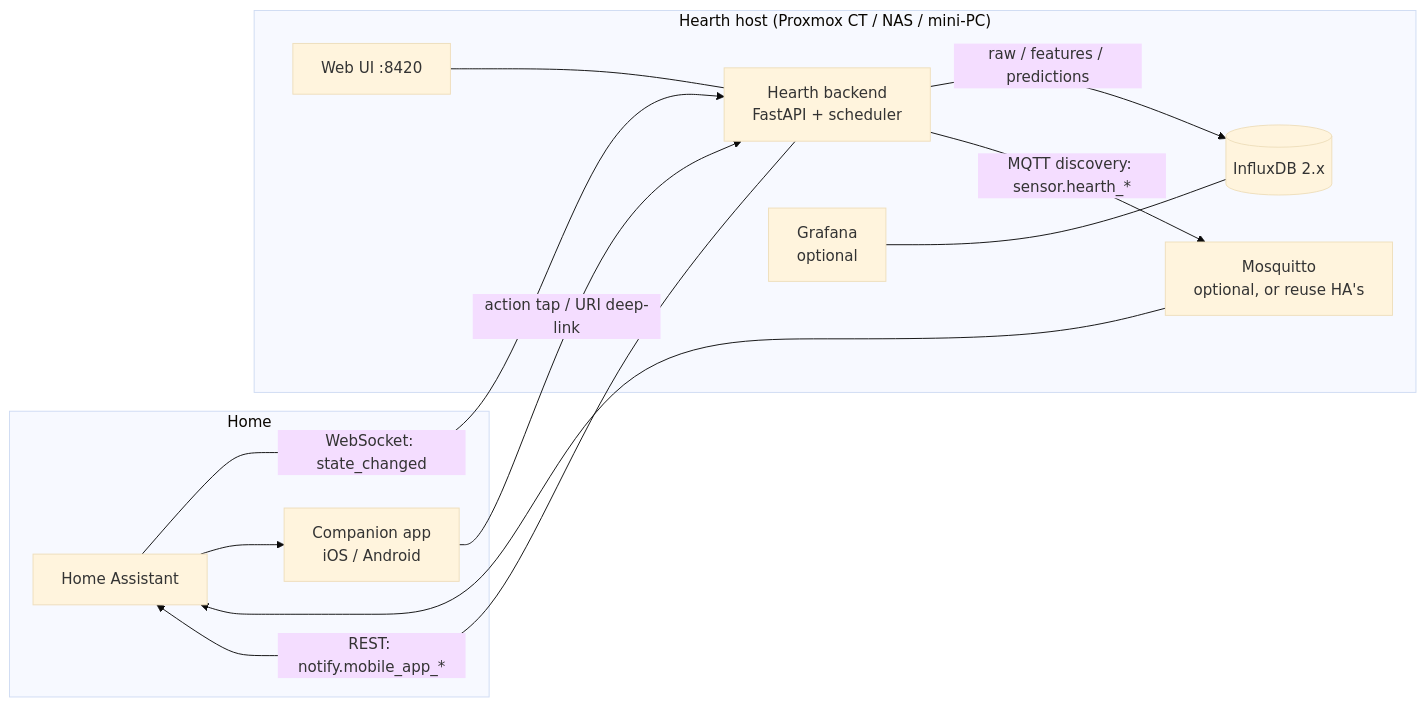
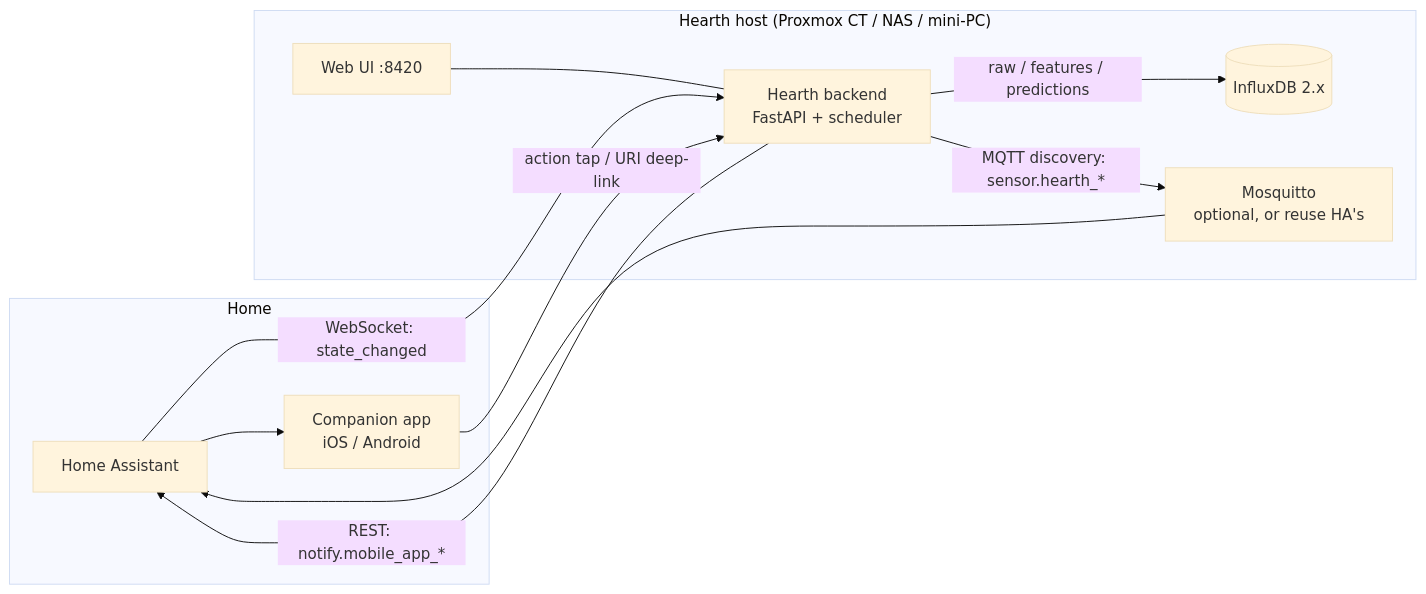
The first of 2 diagrams in docs/ARCHITECTURE.md (Finnsim123/Hearth), drawn with Mermaid (base theme) before and after one commit. The commit also changed other lines of this file and 11 other files, not shown here.

````diff
--- a/docs/ARCHITECTURE.md
+++ b/docs/ARCHITECTURE.md
@@ -14,21 +14,19 @@
 ```mermaid
 flowchart LR
     subgraph Home
         HA[Home Assistant]
         Phone[Companion app\niOS / Android]
     end
     subgraph "Hearth host (Proxmox CT / NAS / mini-PC)"
         B[Hearth backend\nFastAPI + scheduler]
         UI[Web UI :8420]
         I[(InfluxDB 2.x)]
-        G[Grafana\noptional]
         M[Mosquitto\noptional, or reuse HA's]
     end
     HA -- WebSocket: state_changed --> B
     B -- raw / features / predictions --> I
     B -- MQTT discovery: sensor.hearth_* --> M --> HA
     B -- REST: notify.mobile_app_* --> HA --> Phone
     Phone -- action tap / URI deep-link --> B
     UI --- B
-    G --- I
 ```
````
